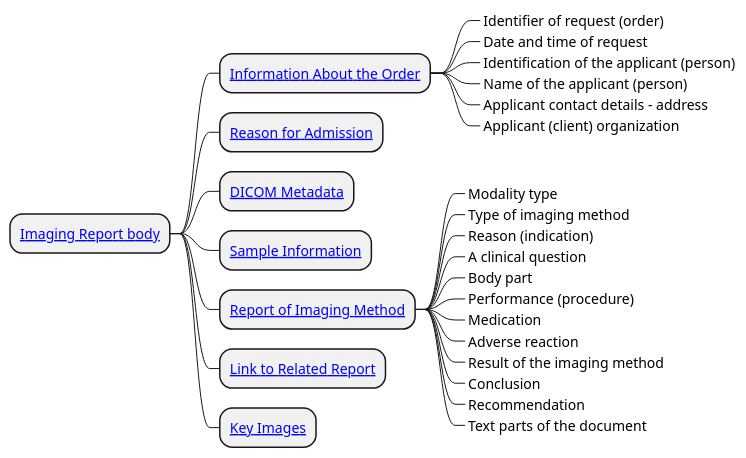
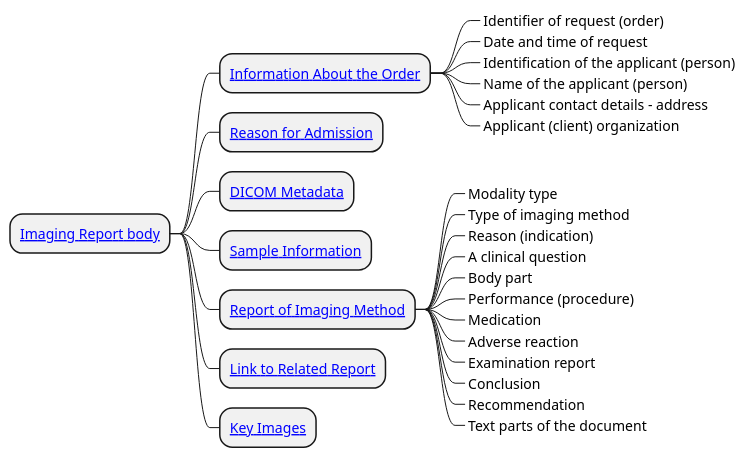
One commit to HL7-cz/img changed the diagram in input/images-source/imgReportBody_CIM.plantuml. Above: the diagram before and after it, drawn with PlantUML. The commit also changed 19 other files, not shown here.

```diff
--- a/input/images-source/imgReportBody_CIM.plantuml
+++ b/input/images-source/imgReportBody_CIM.plantuml
@@ -1,71 +1,71 @@
 @startmindmap
 skinparam topurl StructureDefinition-
 
 * [[BodyImagingReportCz.html Imaging Report body]]
 ** [[InformationAboutOrder.html Information About the Order]]
 ***_ Identifier of request (order)
 ***_ Date and time of request
 ***_ Identification of the applicant (person)
 ***_ Name of the applicant (person)
 ***_ Applicant contact details - address
 ***_ Applicant (client) organization
 ** [[ReasonForAdmission.html Reason for Admission]]
 ** [[DcmMetadata.html DICOM Metadata]]
 ** [[SpecimenInformation.html Sample Information]]
 ** [[ReportOfImagingMethod.html Report of Imaging Method]]
 ***_ Modality type
 ***_ Type of imaging method
 ***_ Reason (indication)
 ***_ A clinical question
 ***_ Body part
 ***_ Performance (procedure)
 ***_ Medication
 ***_ Adverse reaction
-***_ Result of the imaging method
+***_ Examination report
 ***_ Conclusion
 ***_ Recommendation
 ***_ Text parts of the document
 ** [[LinkToRelatedReport.html Link to Related Report]]
 ** [[KeyImagesAttachment.html Key Images]]
 '** [[Attachments.html Media (Attachments)]]
 
 /'***_ Order placer
 ***_ Order reason text
 ***_ Order reason
 ***_ Clinical question
 ***_ Supporting information
 ****_ Observation
 ****_ Condition
 ****_ Medication Administration
 ****_ Devices
 ****_ Pregnancy status
 ****_ Gestational age
 ****_ Sex for clinical use
 ****_ Other supporting information
 ** Specimen
 ** Service request
 ** Exposure information
 ***_ Effective dose
 ***_ Equivalent dose information
 ****_ Equivalent dose
 ****_ Tissue type
 ** Examination Report
 ***_ Modality
 ***_ Body part
 ****_ Body location
 ****_ Laterality
 ***_ Imaging procedures
 ***_ Medication
 ***_ Adverse reaction
 ***_ Result data
 ****_ Result text
 ****_ Observation results
 ***_ Conclusion
 ****_ Impression
 ****_ Condition or finding
 ** Recommendation
 ***_ Description
 ***_ Care plan
 ** Comparison Study
 '/
 @endmindmap
```
